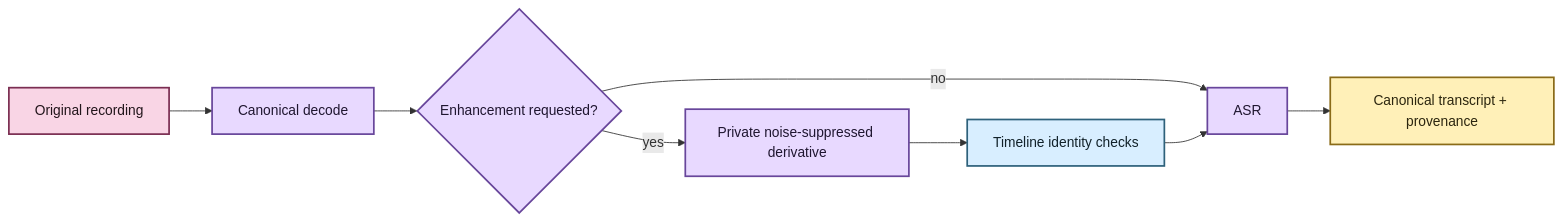
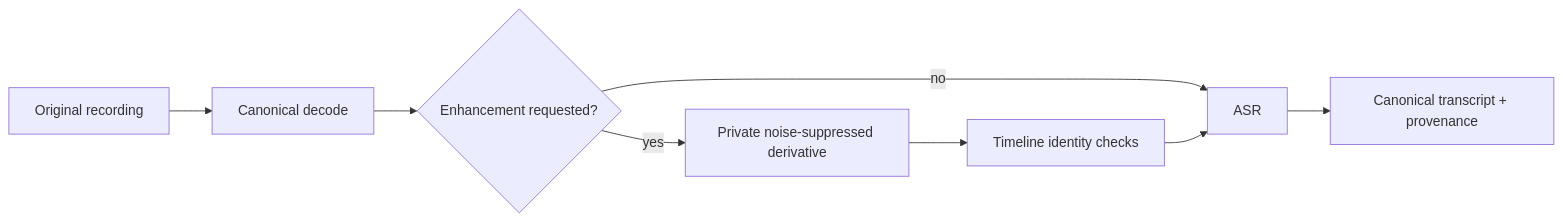
One commit to SSD1805/EchoFlow changed the diagram in docs/architecture/speech-enhancement.md. Above: the diagram before and after it, drawn with Mermaid. The commit also changed 24 other files, not shown here.

Commit message:
docs: normalize Mermaid for GitHub portability

````diff
--- a/docs/architecture/speech-enhancement.md
+++ b/docs/architecture/speech-enhancement.md
@@ -19,20 +19,10 @@
 ```mermaid
-flowchart LR
+graph LR;
     A[Original recording] --> B[Canonical decode]
     B --> C{Enhancement requested?}
     C -->|no| D[ASR]
     C -->|yes| E[Private noise-suppressed derivative]
     E --> F[Timeline identity checks]
     F --> D
     D --> G[Canonical transcript + provenance]
-
-    classDef source fill:#F9D5E5,stroke:#7B2E52,stroke-width:2px,color:#22151B
-    classDef process fill:#E8D9FF,stroke:#68469B,stroke-width:2px,color:#1F1630
-    classDef check fill:#D8EEFF,stroke:#2E617B,stroke-width:2px,color:#12222A
-    classDef result fill:#FFF0B8,stroke:#8A6B18,stroke-width:2px,color:#2C260F
-
-    class A source
-    class B,C,D,E process
-    class F check
-    class G result
 ```
````
